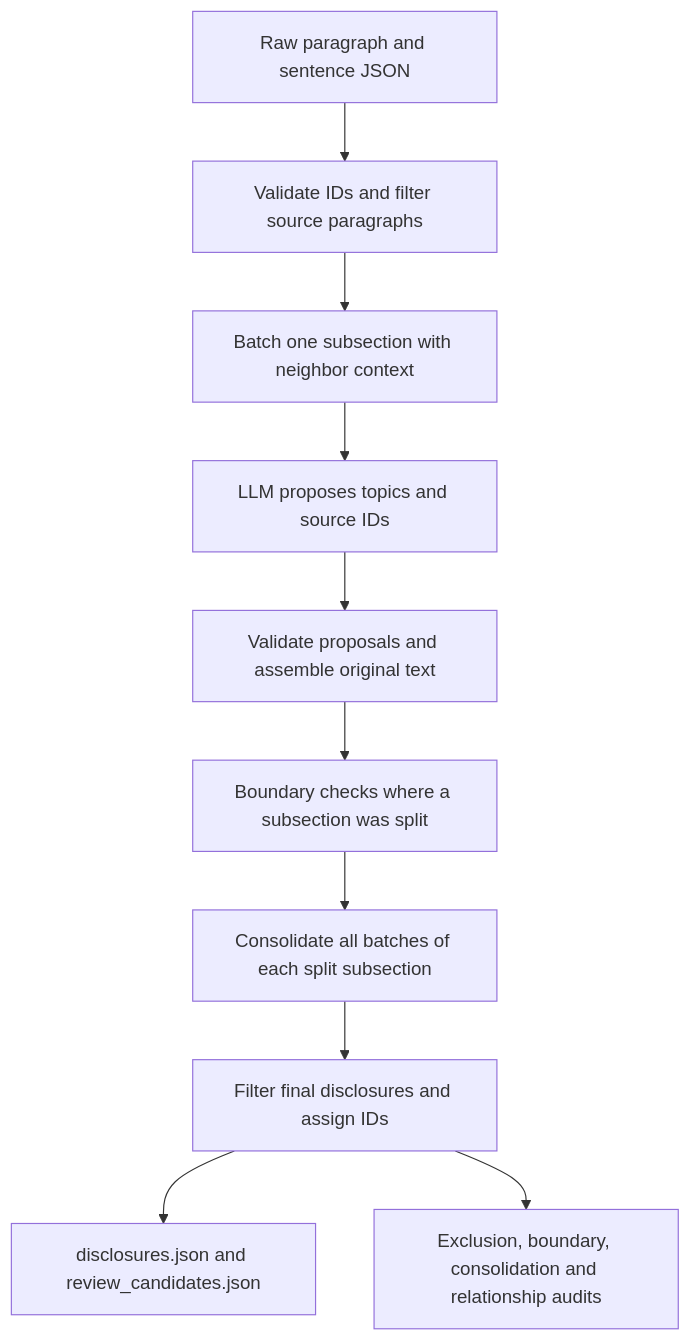
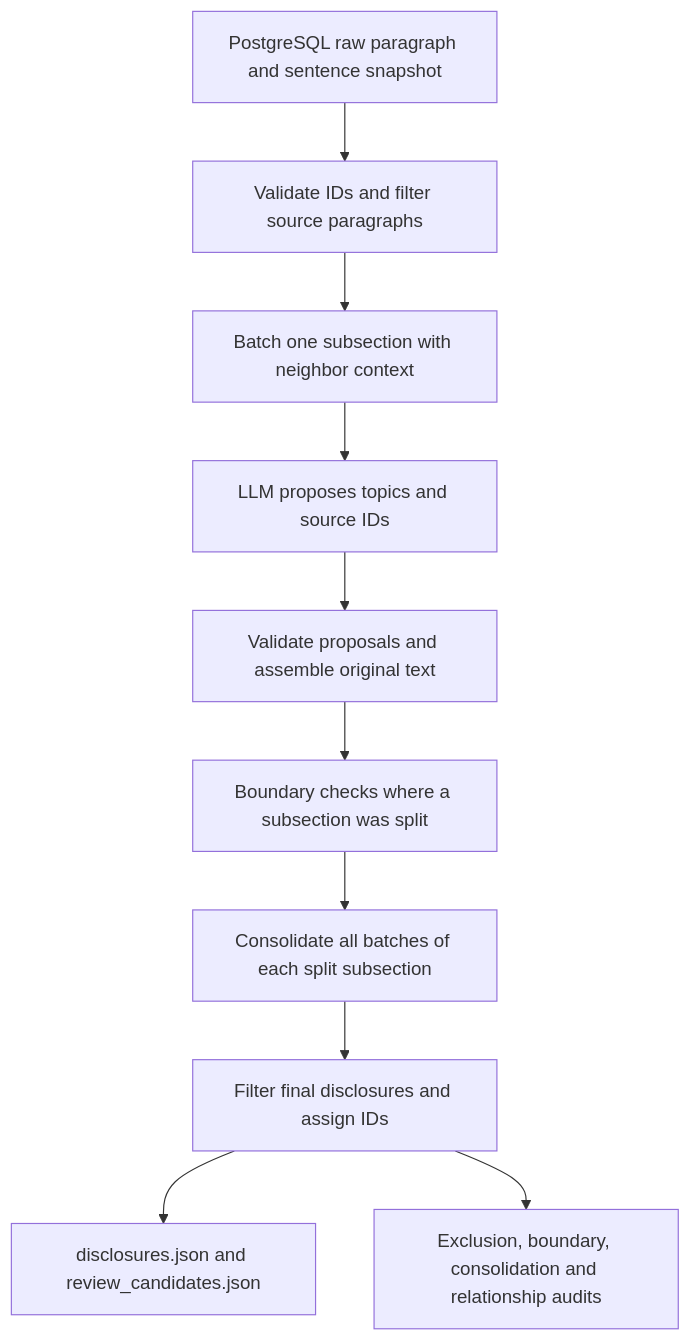
One commit to JingLeEa/sec-filings changed the diagram in docs/ZIYANG_disclosure_extraction.md. Above: the diagram before and after it, drawn with Mermaid. The commit also changed other lines of this file and 29 other files, not shown here.

````diff
--- a/docs/ZIYANG_disclosure_extraction.md
+++ b/docs/ZIYANG_disclosure_extraction.md
@@ -35,12 +35,12 @@
 ```mermaid
 flowchart TD
-    A[Raw paragraph and sentence JSON] --> B[Validate IDs and filter source paragraphs]
+    A[PostgreSQL raw paragraph and sentence snapshot] --> B[Validate IDs and filter source paragraphs]
     B --> C[Batch one subsection with neighbor context]
     C --> D[LLM proposes topics and source IDs]
     D --> E[Validate proposals and assemble original text]
     E --> F[Boundary checks where a subsection was split]
     F --> J[Consolidate all batches of each split subsection]
     J --> G[Filter final disclosures and assign IDs]
     G --> H[disclosures.json and review_candidates.json]
     G --> I[Exclusion, boundary, consolidation and relationship audits]
 ```
````
